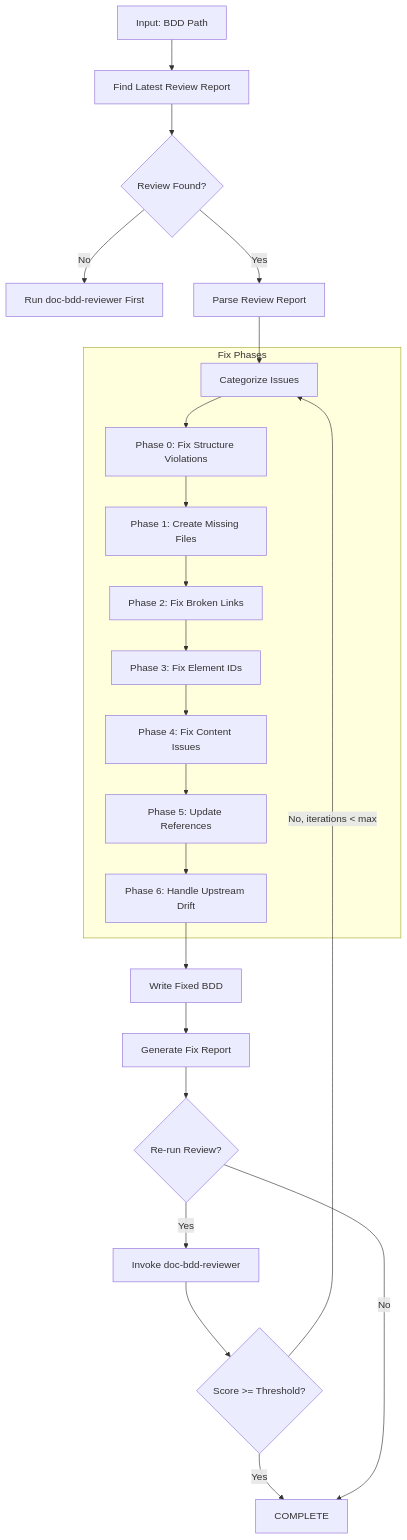
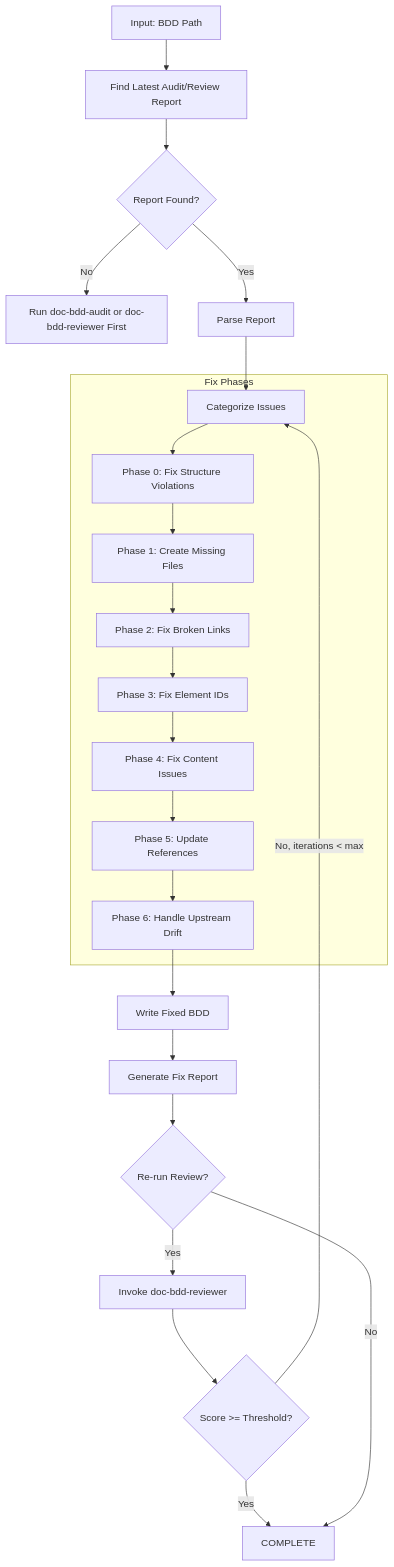
Before and after one commit to vladm3105/aidoc-flow-framework: the first of 3 diagrams in .claude/skills/doc-bdd-fixer/SKILL.md, drawn with Mermaid. The commit also changed other lines of this file and 6 other files, not shown here.

Commit message:
docs(skills): add BDD audit wrapper and align BDD skill parity

````diff
--- a/.claude/skills/doc-bdd-fixer/SKILL.md
+++ b/.claude/skills/doc-bdd-fixer/SKILL.md
@@ -66,28 +69,28 @@
 ```mermaid
 flowchart TD
-    A[Input: BDD Path] --> B[Find Latest Review Report]
-    B --> C{Review Found?}
-    C -->|No| D[Run doc-bdd-reviewer First]
-    C -->|Yes| E[Parse Review Report]
+  A[Input: BDD Path] --> B[Find Latest Audit/Review Report]
+  B --> C{Report Found?}
+  C -->|No| D[Run doc-bdd-audit or doc-bdd-reviewer First]
+  C -->|Yes| E[Parse Report]
 
     E --> F[Categorize Issues]
 
     subgraph FixPhases["Fix Phases"]
         F --> F0[Phase 0: Fix Structure Violations]
         F0 --> G[Phase 1: Create Missing Files]
         G --> H[Phase 2: Fix Broken Links]
         H --> I[Phase 3: Fix Element IDs]
         I --> J[Phase 4: Fix Content Issues]
         J --> K[Phase 5: Update References]
         K --> K2[Phase 6: Handle Upstream Drift]
     end
 
     K2 --> L[Write Fixed BDD]
     L --> M[Generate Fix Report]
     M --> N{Re-run Review?}
     N -->|Yes| O[Invoke doc-bdd-reviewer]
     O --> P{Score >= Threshold?}
     P -->|No, iterations < max| F
     P -->|Yes| Q[COMPLETE]
     N -->|No| Q
 ```
````
